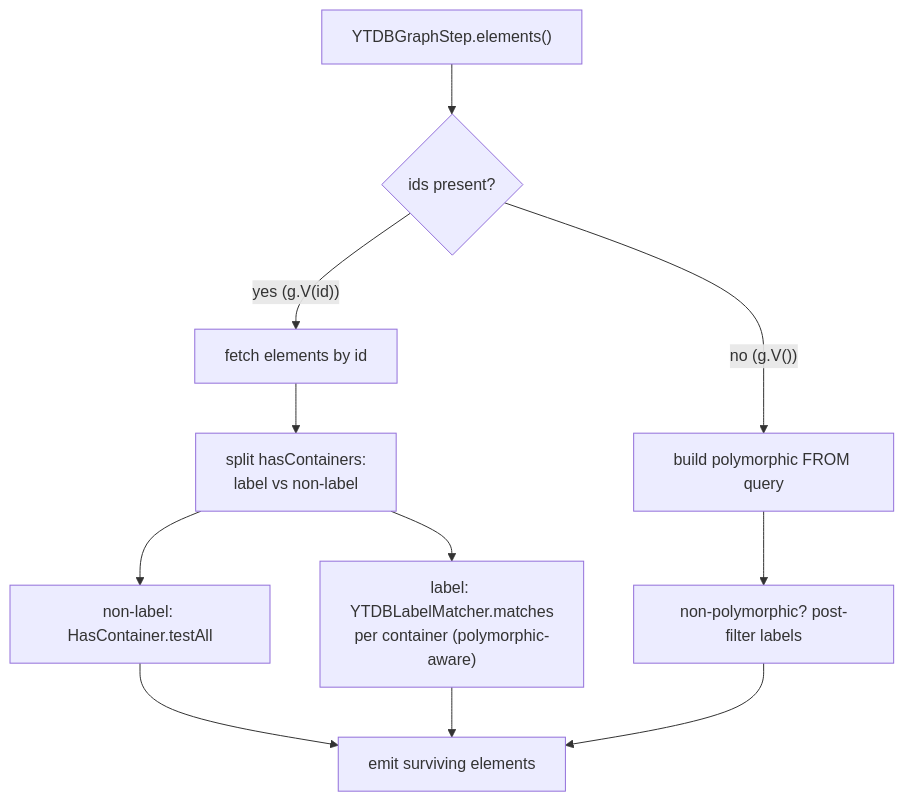
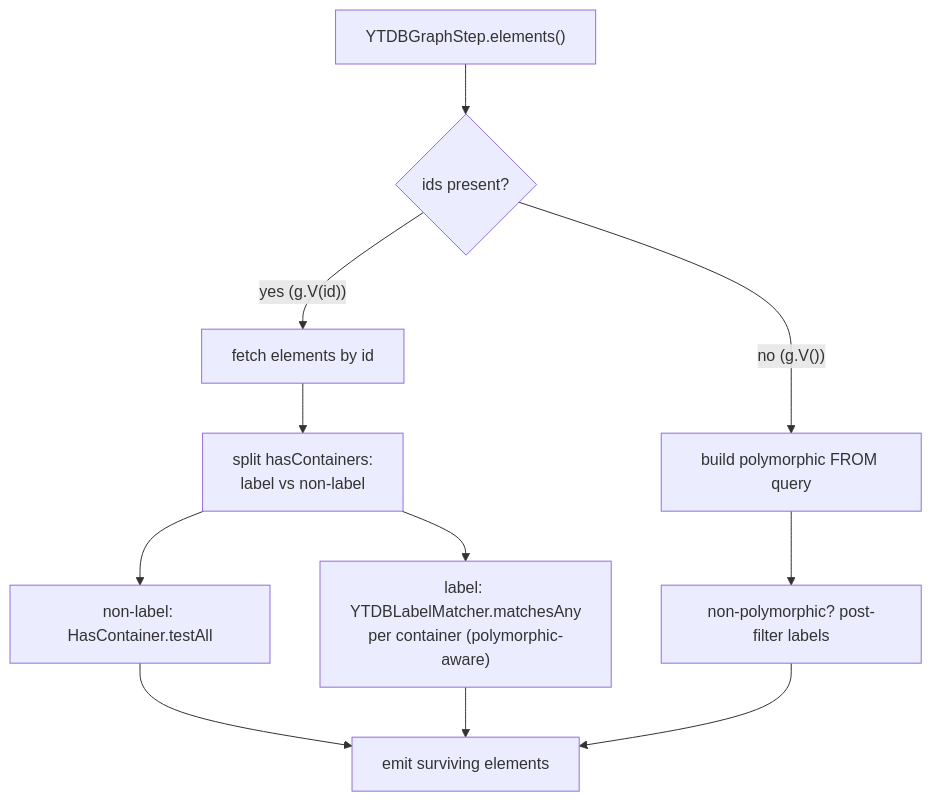
The second of 2 diagrams in docs/adr/ytdb1159-gremlin-byid-subtype-fix/design-final.md (JetBrains/youtrackdb), drawn with Mermaid before and after one commit. The commit also changed other lines of this file and 4 other files, not shown here.

First line of the commit message:
Rename YTDBLabelMatcher.matches to matchesAny

````diff
--- a/docs/adr/ytdb1159-gremlin-byid-subtype-fix/design-final.md
+++ b/docs/adr/ytdb1159-gremlin-byid-subtype-fix/design-final.md
@@ -105,13 +105,13 @@
 ```mermaid
 flowchart TD
     A["YTDBGraphStep.elements()"] --> B{"ids present?"}
     B -- "yes (g.V(id))" --> C["fetch elements by id"]
     C --> D["split hasContainers:<br/>label vs non-label"]
     D --> E["non-label: HasContainer.testAll"]
-    D --> F["label: YTDBLabelMatcher.matches<br/>per container (polymorphic-aware)"]
+    D --> F["label: YTDBLabelMatcher.matchesAny<br/>per container (polymorphic-aware)"]
     E --> G["emit surviving elements"]
     F --> G
     B -- "no (g.V())" --> H["build polymorphic FROM query"]
     H --> I["non-polymorphic? post-filter labels"]
     I --> G
 ```
````
